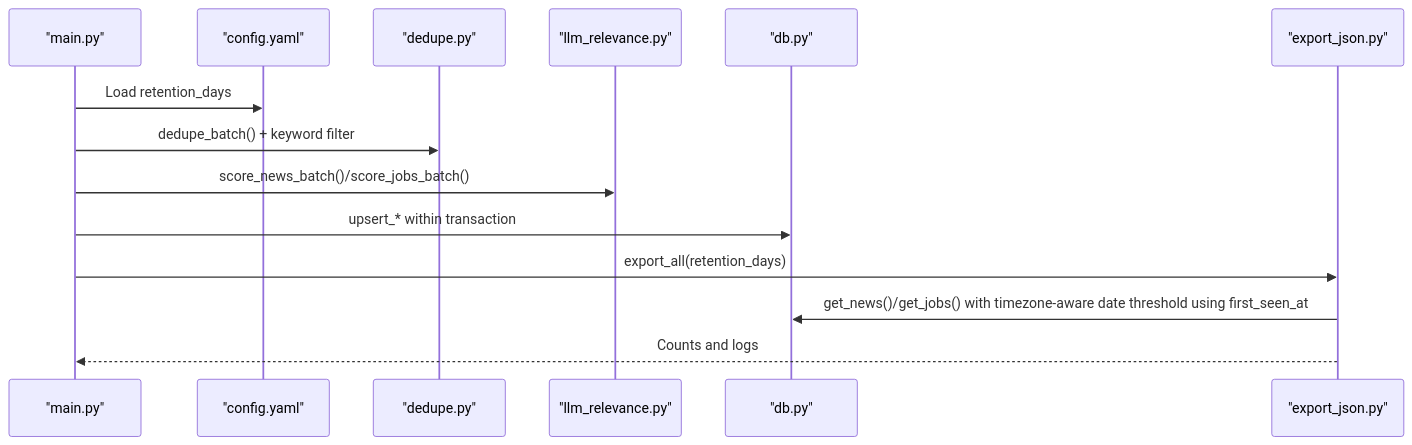
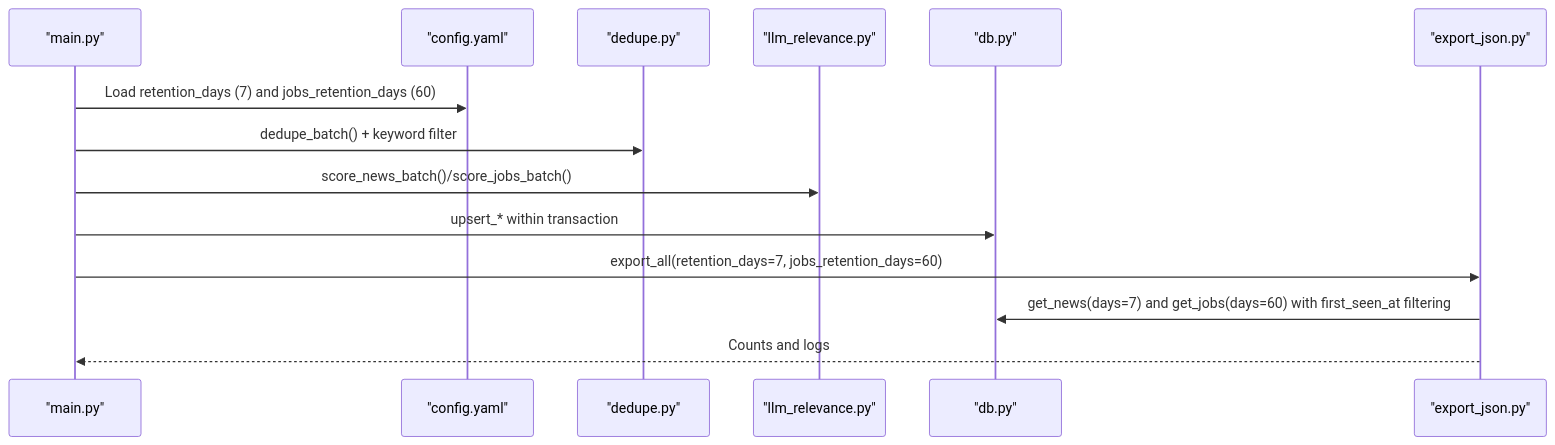
The fifth of 7 diagrams in .qoder/repowiki/en/content/Data Management/Data Lifecycle Management.md (shakthi-vinayak/news), drawn with Mermaid before and after one commit. The commit also changed other lines of this file and 55 other files, not shown here.

````diff
--- a/.qoder/repowiki/en/content/Data Management/Data Lifecycle Management.md
+++ b/.qoder/repowiki/en/content/Data Management/Data Lifecycle Management.md
@@ -241,16 +244,16 @@
 ```mermaid
 sequenceDiagram
 participant Main as "main.py"
 participant Cfg as "config.yaml"
 participant Dedup as "dedupe.py"
 participant LLM as "llm_relevance.py"
 participant DB as "db.py"
 participant Export as "export_json.py"
-Main->>Cfg : Load retention_days
+Main->>Cfg : Load retention_days (7) and jobs_retention_days (60)
 Main->>Dedup : dedupe_batch() + keyword filter
 Main->>LLM : score_news_batch()/score_jobs_batch()
 Main->>DB : upsert_* within transaction
-Main->>Export : export_all(retention_days)
-Export->>DB : get_news()/get_jobs() with timezone-aware date threshold using first_seen_at
+Main->>Export : export_all(retention_days=7, jobs_retention_days=60)
+Export->>DB : get_news(days=7) and get_jobs(days=60) with first_seen_at filtering
 Export-->>Main : Counts and logs
 ```
````
